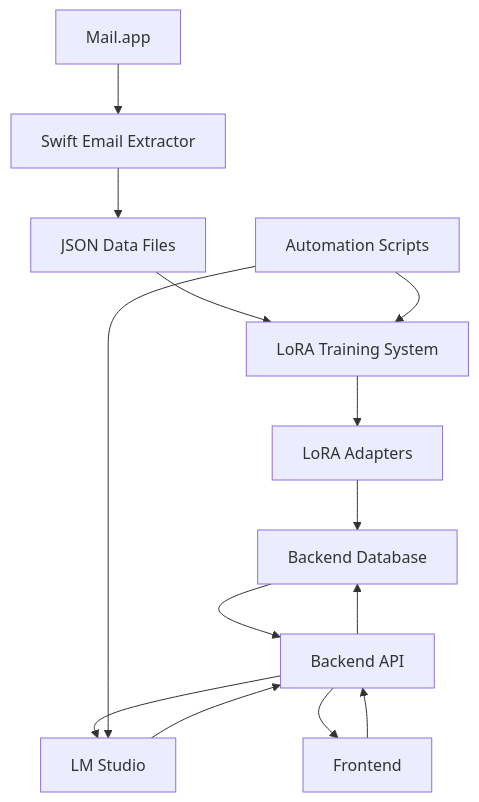
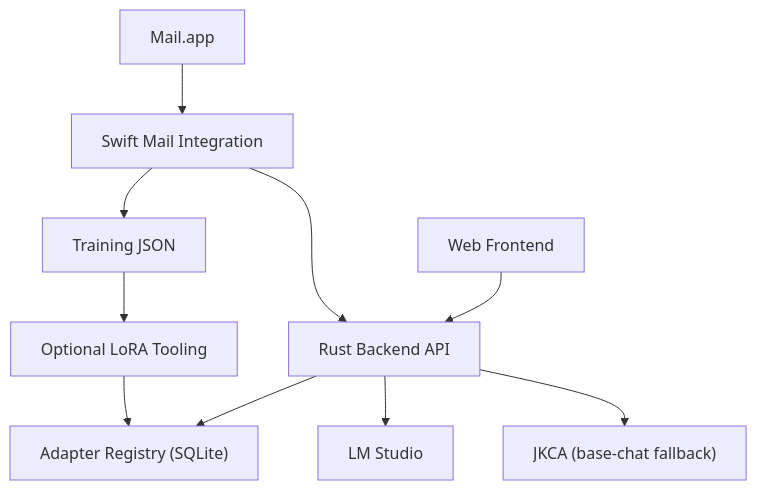
The diagram in architecture_analysis.md (rogu3bear/EmailBrain), drawn with Mermaid before and after one commit. The commit also changed other lines of this file and 30 other files, not shown here.

````diff
--- a/architecture_analysis.md
+++ b/architecture_analysis.md
@@ -86,19 +55,12 @@
 ```mermaid
 graph TD
-    A[Mail.app] --> B[Swift Email Extractor]
-    B --> C[JSON Data Files]
-    C --> D[LoRA Training System]
-    D --> E[LoRA Adapters]
-    E --> F[Backend Database]
-    
-    G[Frontend] --> H[Backend API]
-    H --> I[LM Studio]
-    I --> H
-    H --> G
-    
-    H --> F
-    F --> H
-    
-    J[Automation Scripts] --> D
-    J --> I
+    A["Mail.app"] --> B["Swift Mail Integration"]
+    B --> C["Rust Backend API"]
+    B --> D["Training JSON"]
+    D --> E["Optional LoRA Tooling"]
+    E --> F["Adapter Registry (SQLite)"]
+    C --> F
+    G["Web Frontend"] --> C
+    C --> H["LM Studio"]
+    C --> I["JKCA (base-chat fallback)"]
 ```
````
